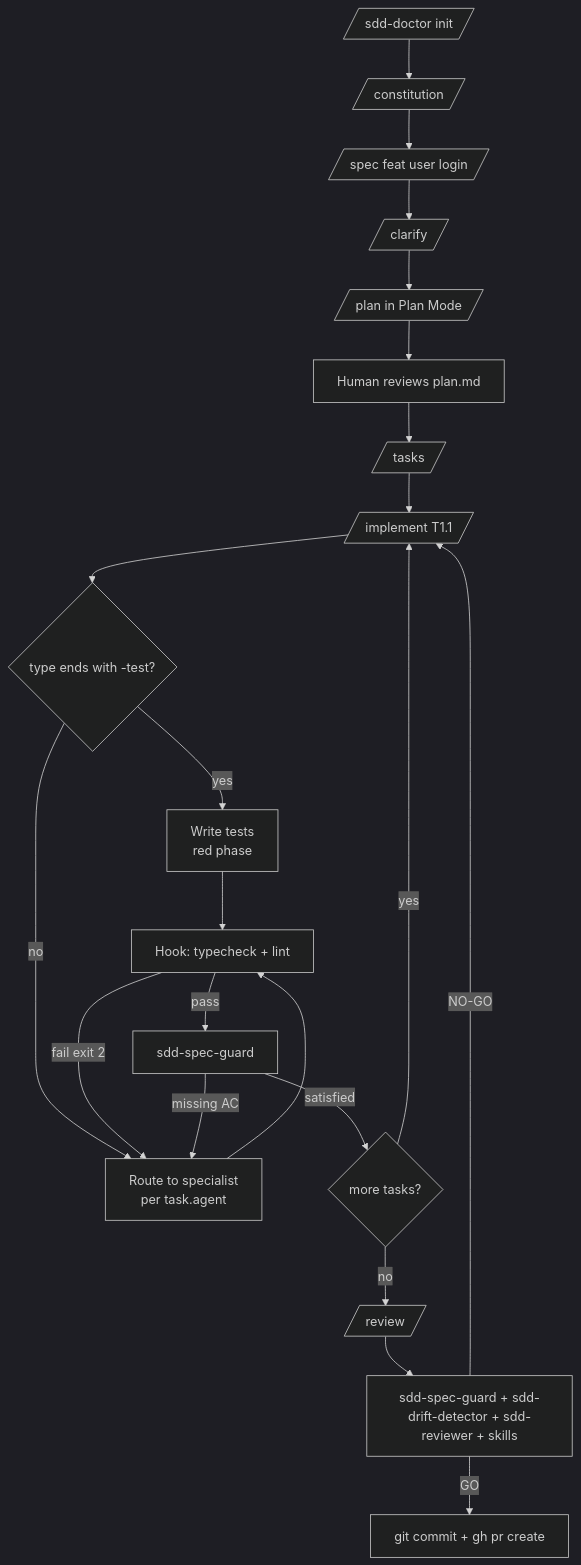
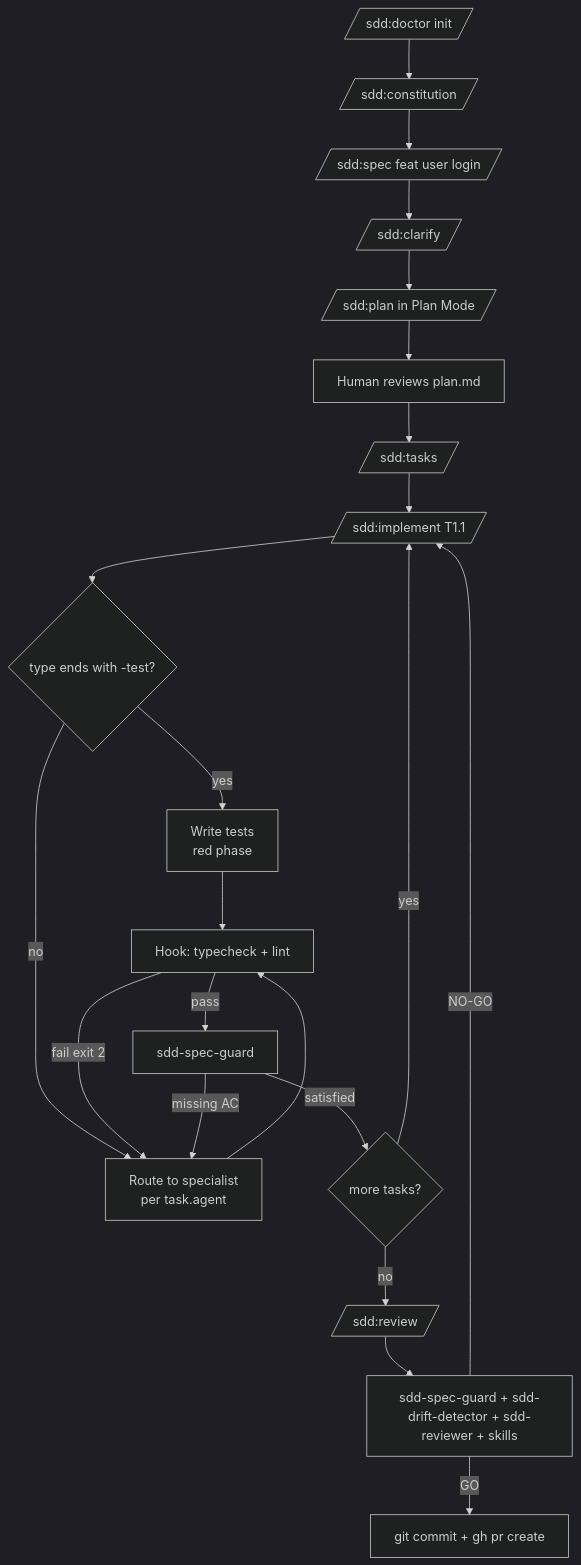
The diagram in README.md (JanSzewczyk/spec-driven-development), drawn with Mermaid (dark theme) before and after one commit. The commit also changed other lines of this file and 24 other files, not shown here.

Commit message:
fix: update command references to use the new `/sdd:<command>` format and rename sdd-doctor skill to doctor

````diff
--- a/README.md
+++ b/README.md
@@ -150,24 +150,24 @@
 ```mermaid
 flowchart TD
-    A[/sdd-doctor init/] --> B[/constitution/]
-    B --> C[/spec feat user login/]
-    C --> D[/clarify/]
-    D --> E[/plan in Plan Mode/]
+    A[/sdd:doctor init/] --> B[/sdd:constitution/]
+    B --> C[/sdd:spec feat user login/]
+    C --> D[/sdd:clarify/]
+    D --> E[/sdd:plan in Plan Mode/]
     E --> F[Human reviews plan.md]
-    F --> G[/tasks/]
-    G --> H[/implement T1.1/]
+    F --> G[/sdd:tasks/]
+    G --> H[/sdd:implement T1.1/]
     H --> I{type ends with -test?}
     I -->|yes| J[Write tests<br/>red phase]
     I -->|no| K[Route to specialist<br/>per task.agent]
     J --> L[Hook: typecheck + lint]
     K --> L
     L -->|fail exit 2| K
     L -->|pass| M[sdd-spec-guard]
     M -->|missing AC| K
     M -->|satisfied| N{more tasks?}
     N -->|yes| H
-    N -->|no| O[/review/]
+    N -->|no| O[/sdd:review/]
     O --> P[sdd-spec-guard + sdd-drift-detector + sdd-reviewer + skills]
     P -->|GO| Q[git commit + gh pr create]
     P -->|NO-GO| H
 ```
````
